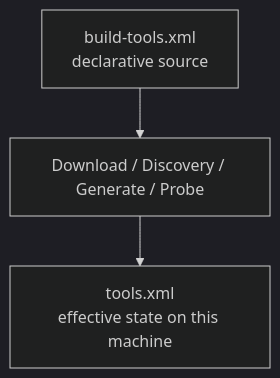
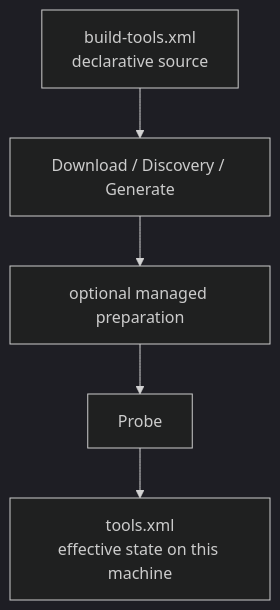
Before and after one commit to adeccscholar/BuildEngine-Admin: the diagram in admin/server-docs/build-tools.md, drawn with Mermaid (dark theme). The commit also changed other lines of this file, not shown here.

Commit message:
Document managed-tool preparation contract

````diff
--- a/admin/server-docs/build-tools.md
+++ b/admin/server-docs/build-tools.md
@@ -208,5 +233,7 @@
 ```mermaid
 flowchart TD
-   Contract["build-tools.xml<br/>declarative source"] --> Resolve["Download / Discovery / Generate / Probe"]
-   Resolve --> State["tools.xml<br/>effective state on this machine"]
+   Contract["build-tools.xml<br/>declarative source"] --> Resolve["Download / Discovery / Generate"]
+   Resolve --> Prepare["optional managed preparation"]
+   Prepare --> Probe["Probe"]
+   Probe --> State["tools.xml<br/>effective state on this machine"]
 ```
````
